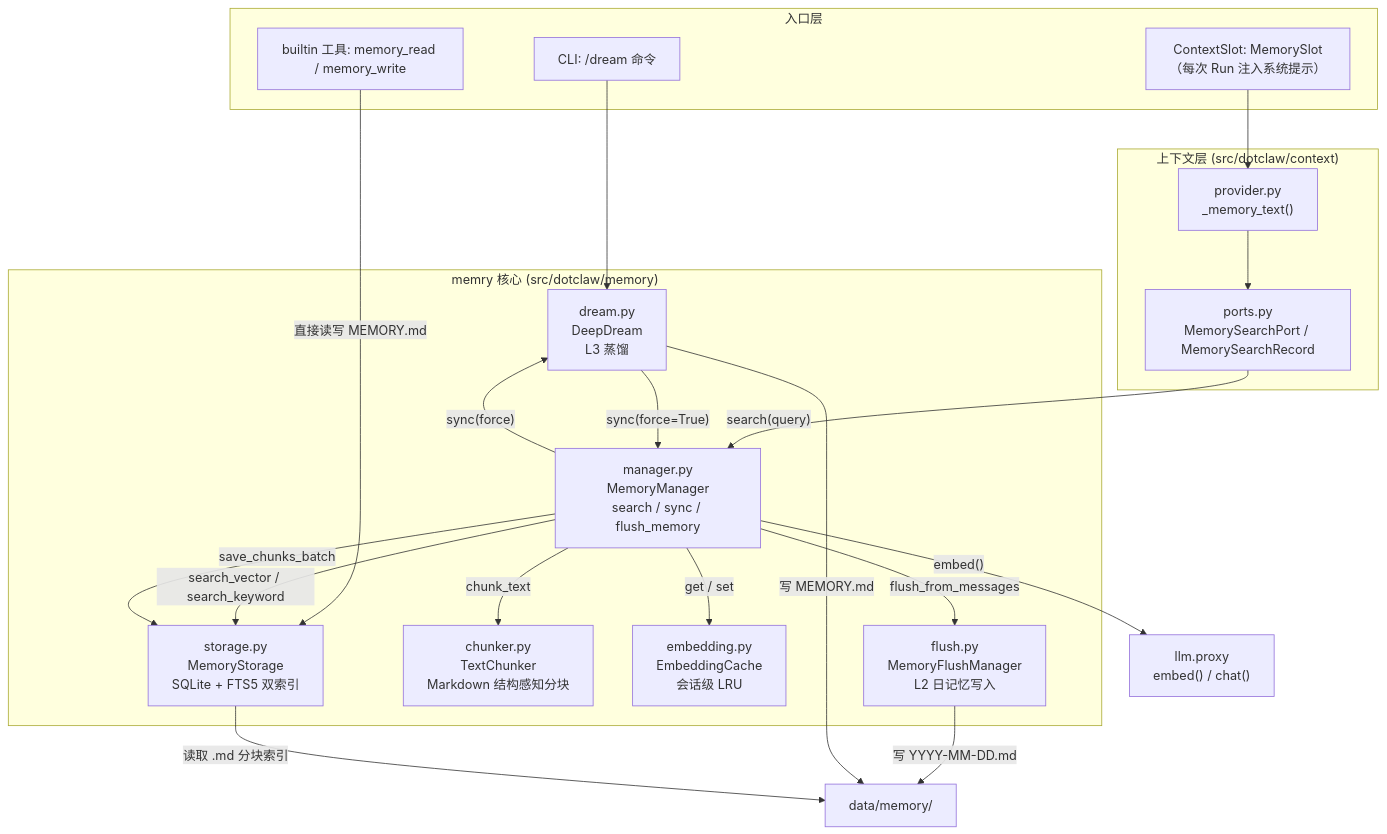
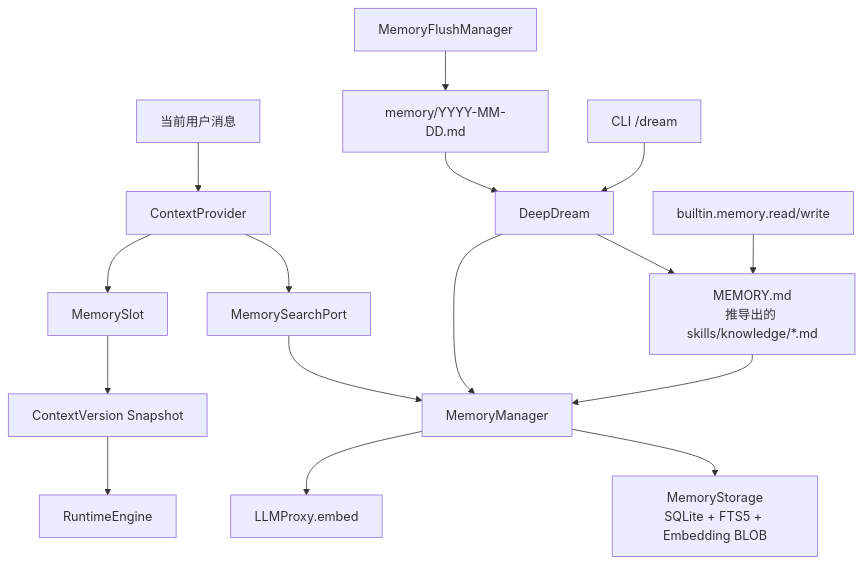
Before and after one commit to aandbcct/dotClaw: the first of 22 diagrams in docs/wiki/Memory 模块总体说明.md, drawn with Mermaid. The commit also changed other lines of this file and 8 other files, not shown here.

````diff
--- a/docs/wiki/Memory 模块总体说明.md
+++ b/docs/wiki/Memory 模块总体说明.md
@@ -24,43 +122,36 @@
 ```mermaid
 flowchart TB
-    subgraph Entry["入口层"]
-        CLI["CLI: /dream 命令"]
-        Slot["ContextSlot: MemorySlot\n（每次 Run 注入系统提示）"]
-        MTool["builtin 工具: memory_read / memory_write"]
-    end
+    User["当前用户消息"]
+    Context["ContextProvider"]
+    Port["MemorySearchPort"]
+    Manager["MemoryManager"]
+    Storage["MemoryStorage<br/>SQLite + FTS5 + Embedding BLOB"]
+    LLM["LLMProxy.embed"]
+    Slot["MemorySlot"]
+    Version["ContextVersion Snapshot"]
+    Engine["RuntimeEngine"]
 
-    subgraph Core["memry 核心 (src/dotclaw/memory)"]
-        Mgr["manager.py\nMemoryManager\nsearch / sync / flush_memory"]
-        Storage["storage.py\nMemoryStorage\nSQLite + FTS5 双索引"]
-        Chunker["chunker.py\nTextChunker\nMarkdown 结构感知分块"]
-        Cache["embedding.py\nEmbeddingCache\n会话级 LRU"]
-        Flush["flush.py\nMemoryFlushManager\nL2 日记忆写入"]
-        Dream["dream.py\nDeepDream\nL3 蒸馏"]
-    end
+    Files["MEMORY.md<br/>推导出的 skills/knowledge/*.md"]
+    Flush["MemoryFlushManager"]
+    Dream["DeepDream"]
+    Daily["memory/YYYY-MM-DD.md"]
+    CLI["CLI /dream"]
+    Tool["builtin.memory.read/write"]
 
-    subgraph Inject["上下文层 (src/dotclaw/context)"]
-        Ctx["provider.py\n_memory_text()"]
-        Port["ports.py\nMemorySearchPort / MemorySearchRecord"]
-    end
+    User --> Context
+    Context --> Port
+    Port --> Manager
+    Manager --> Storage
+    Manager --> LLM
+    Context --> Slot
+    Slot --> Version
+    Version --> Engine
 
-    LLM["llm.proxy\nembed() / chat()"]
-
+    Files --> Manager
+    Flush --> Daily
+    Daily --> Dream
     CLI --> Dream
-    Slot --> Ctx
-    Ctx --> Port
-    Port -->|"search(query)"| Mgr
-    MTool -->|"直接读写 MEMORY.md"| Storage
-
-    Mgr -->|"search_vector / search_keyword"| Storage
-    Mgr -->|"chunk_text"| Chunker
-    Mgr -->|"embed()"| LLM
-    Mgr -->|"get / set"| Cache
-    Mgr -->|"flush_from_messages"| Flush
-    Mgr -->|"sync(force)"| Dream
-    Dream -->|"sync(force=True)"| Mgr
-
-    Flush -->|"写 YYYY-MM-DD.md"| Files["data/memory/"]
-    Dream -->|"写 MEMORY.md"| Files
-    Mgr -->|"save_chunks_batch"| Storage
-    Storage -->|"读取 .md 分块索引"| Files
+    Dream --> Files
+    Dream --> Manager
+    Tool --> Files
 ```
````
